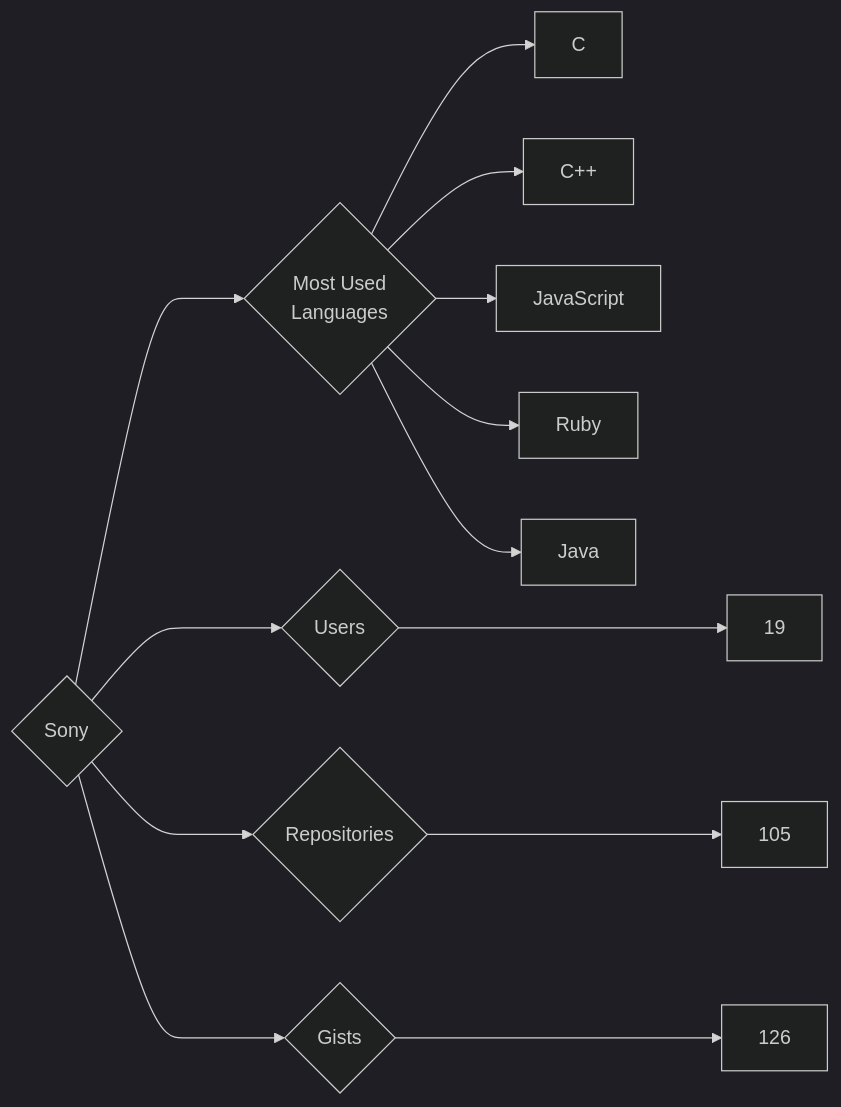
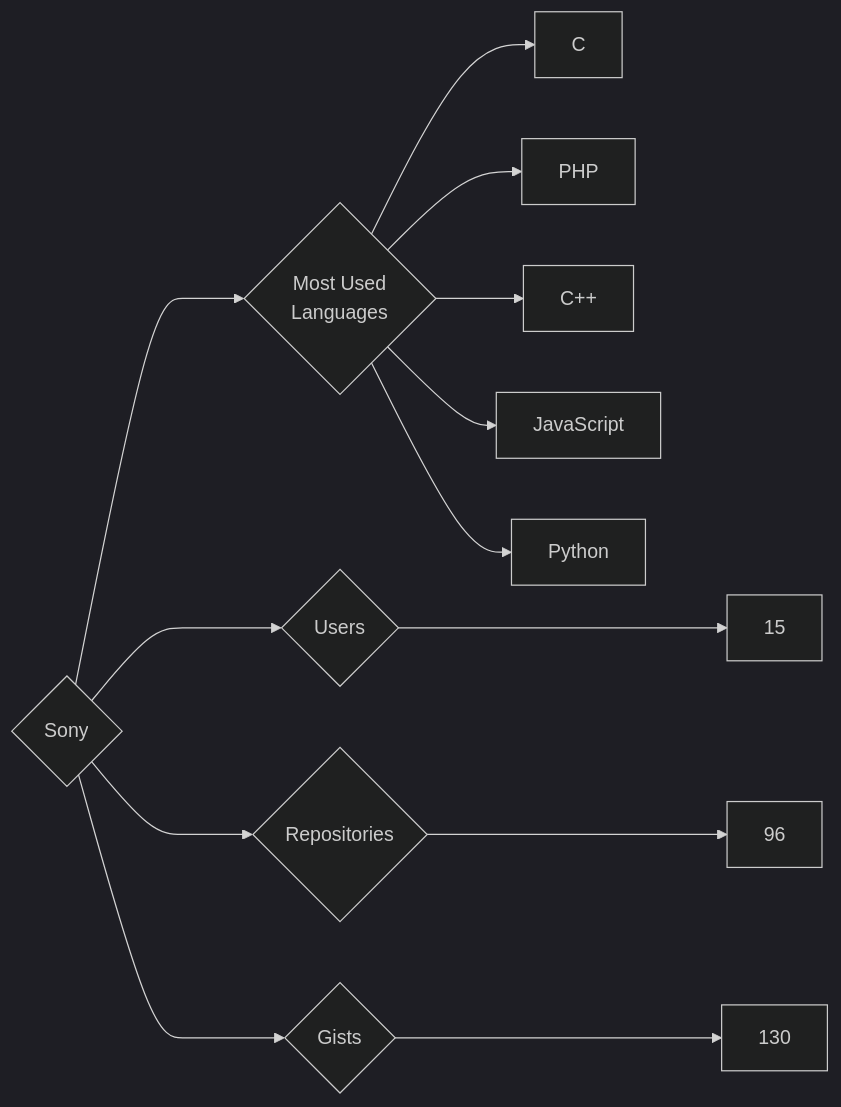
The diagram in targets/Sony/README.md (trickest/insiders), drawn with Mermaid (dark theme) before and after one commit. The commit also changed 765 other files, not shown here.

````diff
--- a/targets/Sony/README.md
+++ b/targets/Sony/README.md
@@ -3,13 +3,13 @@
 ```mermaid
 graph LR
 COMPANY_NAME{Sony}
-COMPANY_NAME ---> U{Users} ---> UN[19]
-COMPANY_NAME ---> R{Repositories} ---> RN[105]
-COMPANY_NAME ---> G{Gists} ---> GN[126]
+COMPANY_NAME ---> U{Users} ---> UN[15]
+COMPANY_NAME ---> R{Repositories} ---> RN[96]
+COMPANY_NAME ---> G{Gists} ---> GN[130]
 COMPANY_NAME ---> ML{Most Used<br>Languages}
 ML --> C[C]
+ML --> PHP[PHP]
 ML --> C++[C++]
 ML --> JavaScript[JavaScript]
-ML --> Ruby[Ruby]
-ML --> Java[Java]
+ML --> Python[Python]
 ```
````
